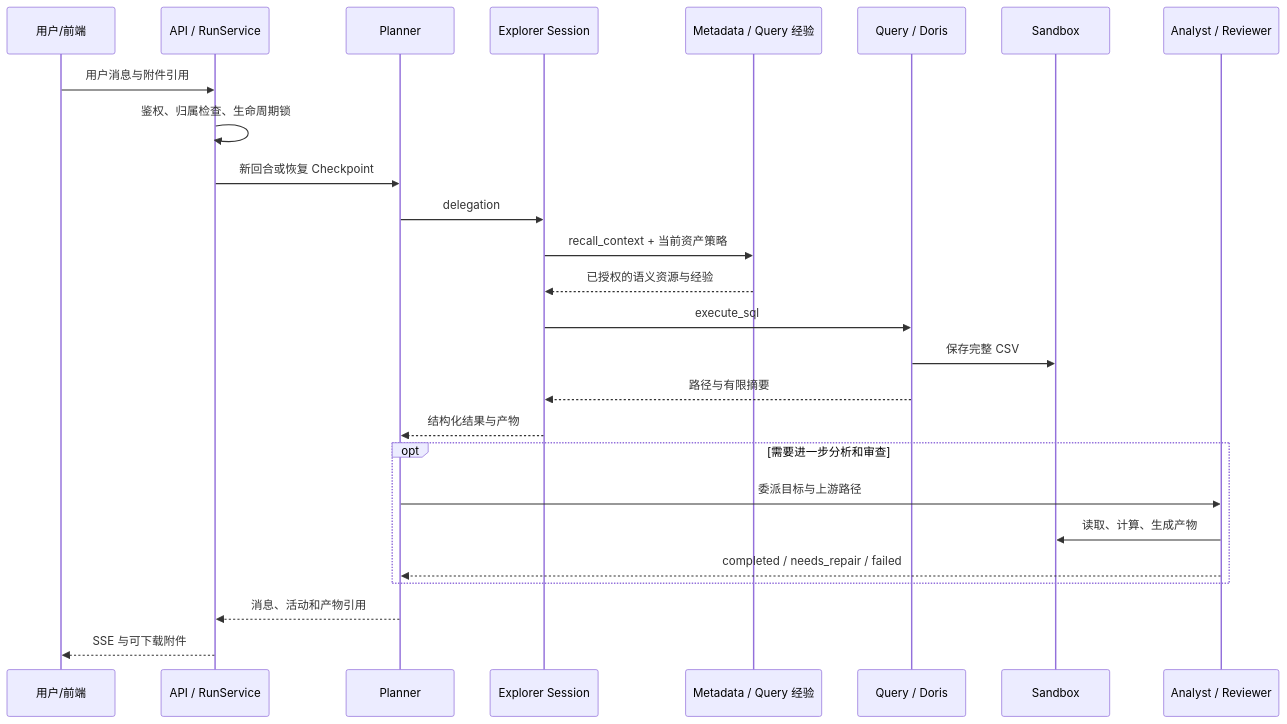
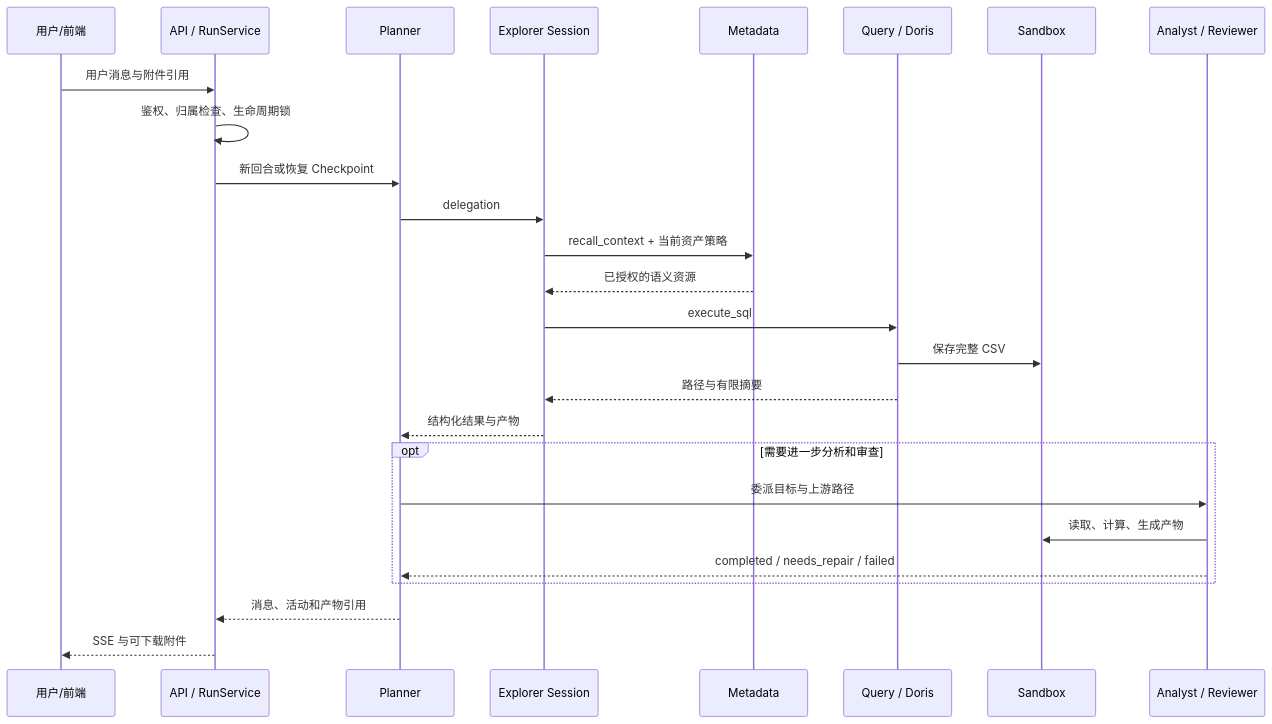
Before and after one commit to 2739673455/dataagent: the third of 4 diagrams in docs/00_架构与协作总览.md, drawn with Mermaid. The commit also changed other lines of this file and 63 other files, not shown here.

````diff
--- a/docs/00_架构与协作总览.md
+++ b/docs/00_架构与协作总览.md
@@ -926,28 +881,28 @@
 ```mermaid
 sequenceDiagram
     participant U as 用户/前端
     participant R as API / RunService
     participant P as Planner
     participant E as Explorer Session
-    participant M as Metadata / Query 经验
+    participant M as Metadata
     participant Q as Query / Doris
     participant S as Sandbox
     participant A as Analyst / Reviewer
     U->>R: 用户消息与附件引用
     R->>R: 鉴权、归属检查、生命周期锁
     R->>P: 新回合或恢复 Checkpoint
     P->>E: delegation
     E->>M: recall_context + 当前资产策略
-    M-->>E: 已授权的语义资源与经验
+    M-->>E: 已授权的语义资源
     E->>Q: execute_sql
     Q->>S: 保存完整 CSV
     Q-->>E: 路径与有限摘要
     E-->>P: 结构化结果与产物
     opt 需要进一步分析和审查
         P->>A: 委派目标与上游路径
         A->>S: 读取、计算、生成产物
         A-->>P: completed / needs_repair / failed
     end
     P-->>R: 消息、活动和产物引用
     R-->>U: SSE 与可下载附件
 ```
````
